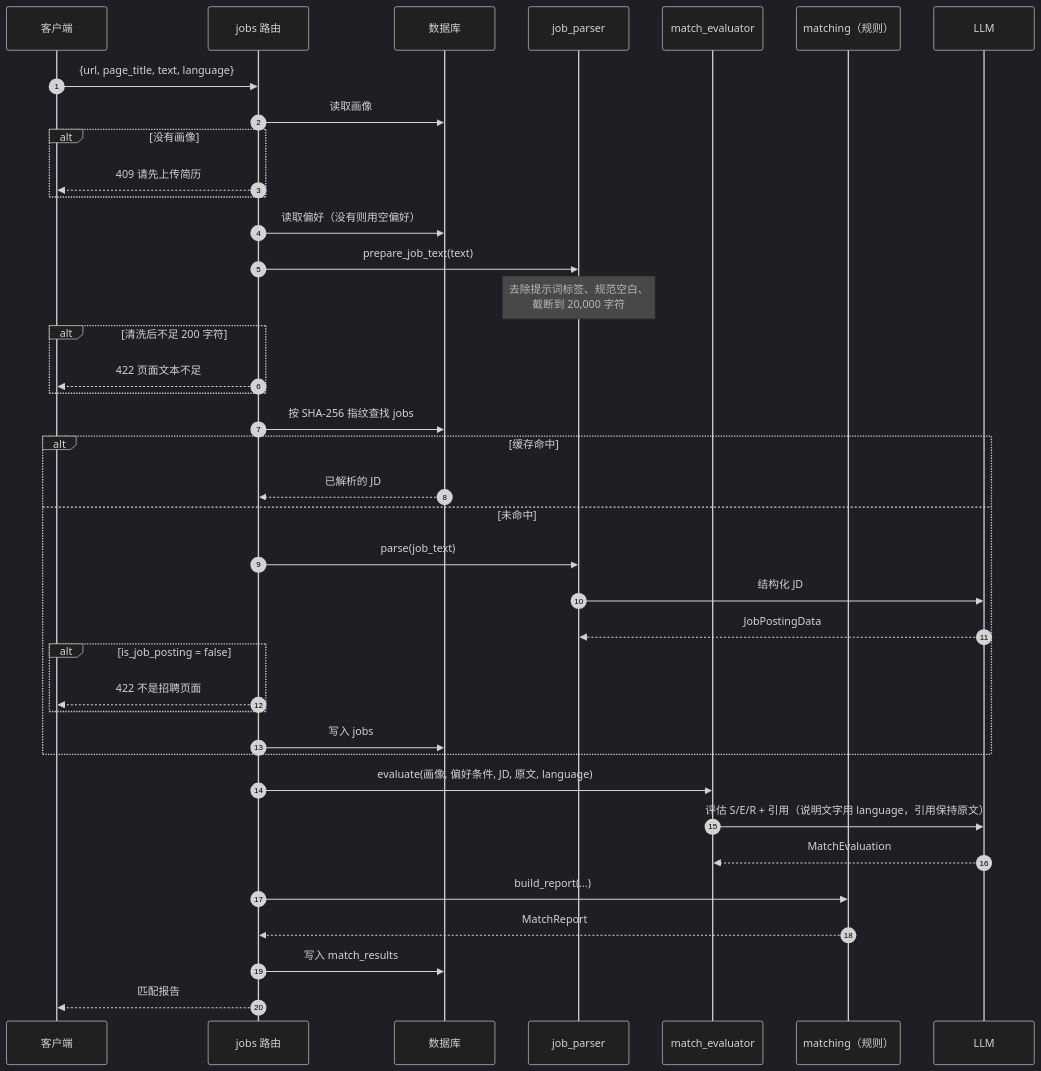
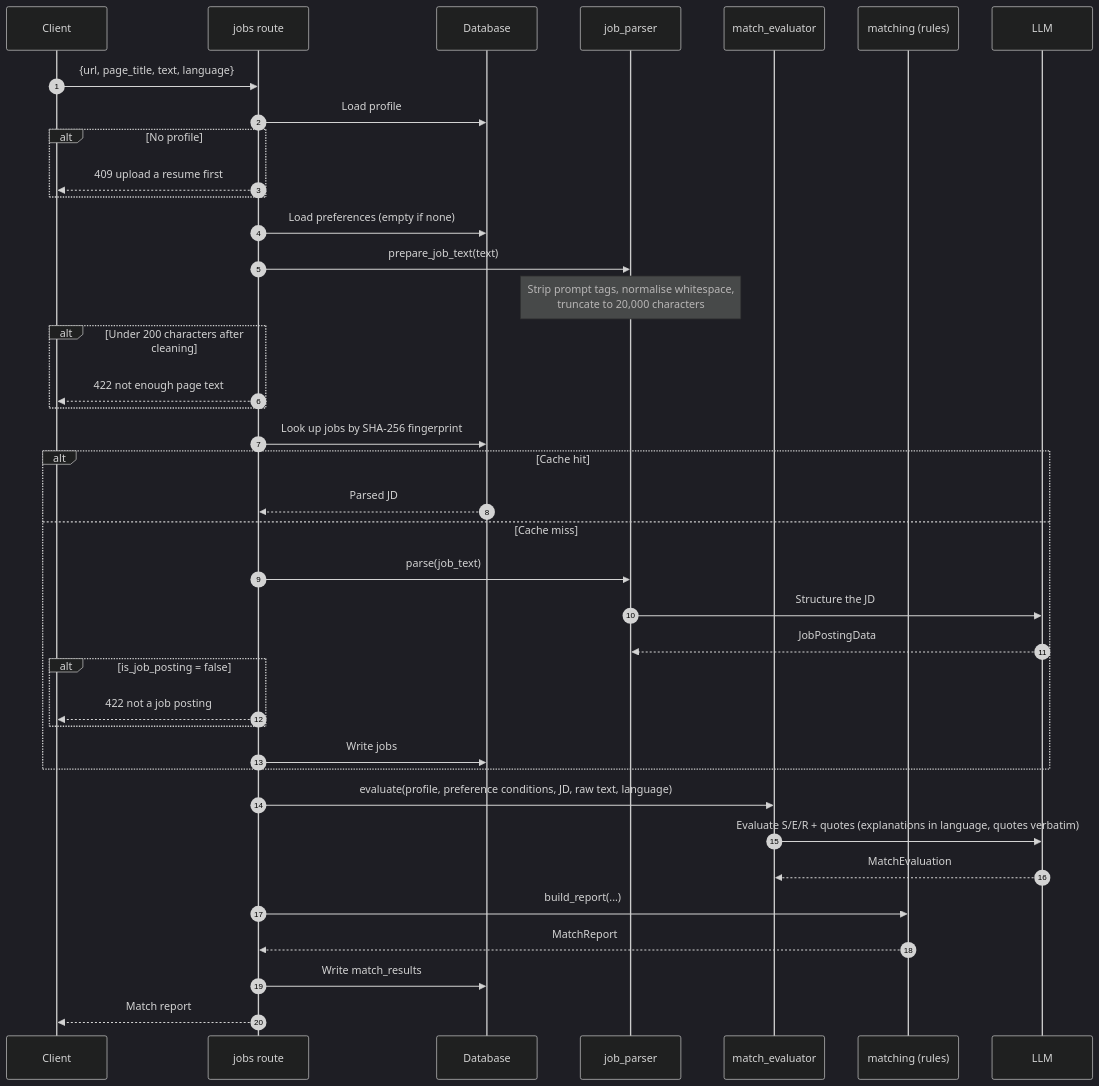
One commit to TuringChicken/JobPilot changed the fifth of 7 diagrams in docs/BACKEND.md. Above: the diagram before and after it, drawn with Mermaid (dark theme). The commit also changed other lines of this file and 3 other files, not shown here.

````diff
--- a/docs/BACKEND.md
+++ b/docs/BACKEND.md
@@ -134,42 +134,42 @@
 ```mermaid
 sequenceDiagram
     autonumber
-    participant C as 客户端
-    participant R as jobs 路由
-    participant DB as 数据库
+    participant C as Client
+    participant R as jobs route
+    participant DB as Database
     participant JP as job_parser
     participant EV as match_evaluator
-    participant M as matching（规则）
+    participant M as matching (rules)
     participant L as LLM
 
     C->>R: {url, page_title, text, language}
-    R->>DB: 读取画像
-    alt 没有画像
-        R-->>C: 409 请先上传简历
+    R->>DB: Load profile
+    alt No profile
+        R-->>C: 409 upload a resume first
     end
-    R->>DB: 读取偏好（没有则用空偏好）
+    R->>DB: Load preferences (empty if none)
     R->>JP: prepare_job_text(text)
-    Note over JP: 去除提示词标签、规范空白、<br/>截断到 20,000 字符
-    alt 清洗后不足 200 字符
-        R-->>C: 422 页面文本不足
+    Note over JP: Strip prompt tags, normalise whitespace,<br/>truncate to 20,000 characters
+    alt Under 200 characters after cleaning
+        R-->>C: 422 not enough page text
     end
-    R->>DB: 按 SHA-256 指纹查找 jobs
-    alt 缓存命中
-        DB-->>R: 已解析的 JD
-    else 未命中
+    R->>DB: Look up jobs by SHA-256 fingerprint
+    alt Cache hit
+        DB-->>R: Parsed JD
+    else Cache miss
         R->>JP: parse(job_text)
-        JP->>L: 结构化 JD
+        JP->>L: Structure the JD
         L-->>JP: JobPostingData
         alt is_job_posting = false
-            R-->>C: 422 不是招聘页面
+            R-->>C: 422 not a job posting
         end
-        R->>DB: 写入 jobs
+        R->>DB: Write jobs
     end
-    R->>EV: evaluate(画像, 偏好条件, JD, 原文, language)
-    EV->>L: 评估 S/E/R + 引用（说明文字用 language，引用保持原文）
+    R->>EV: evaluate(profile, preference conditions, JD, raw text, language)
+    EV->>L: Evaluate S/E/R + quotes (explanations in language, quotes verbatim)
     L-->>EV: MatchEvaluation
     R->>M: build_report(...)
     M-->>R: MatchReport
-    R->>DB: 写入 match_results
-    R-->>C: 匹配报告
+    R->>DB: Write match_results
+    R-->>C: Match report
 ```
````
